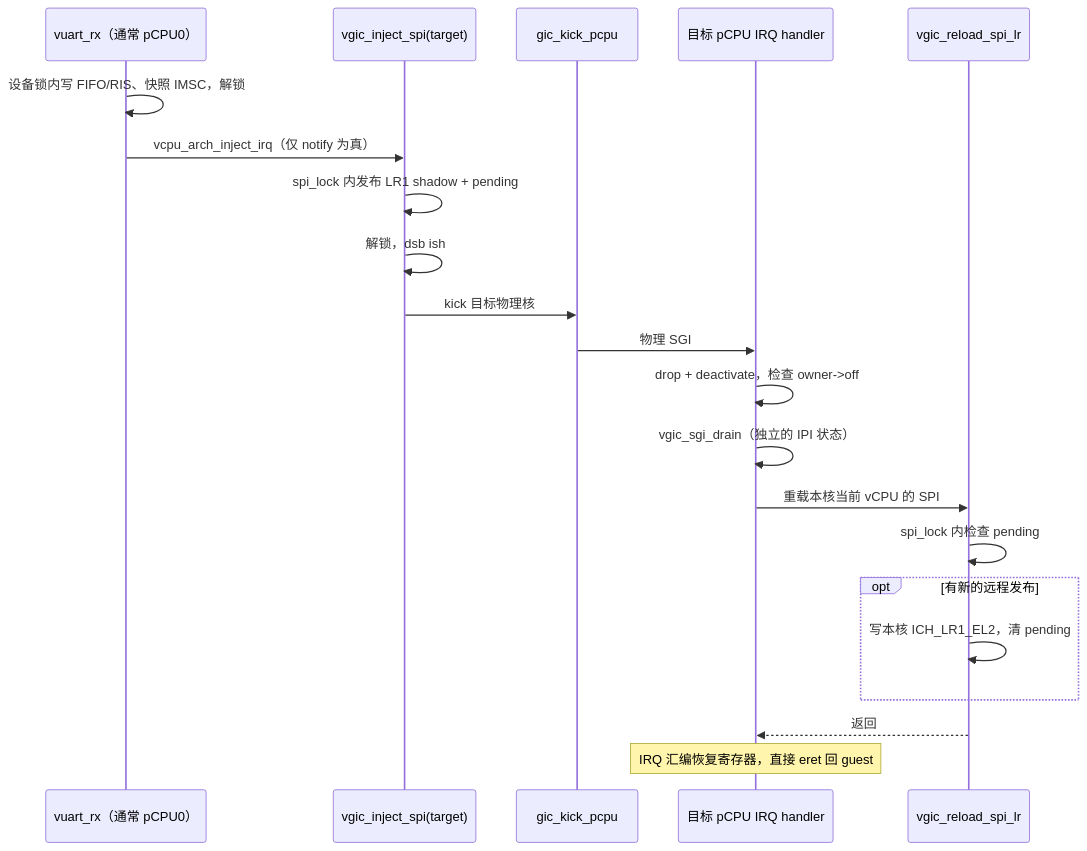
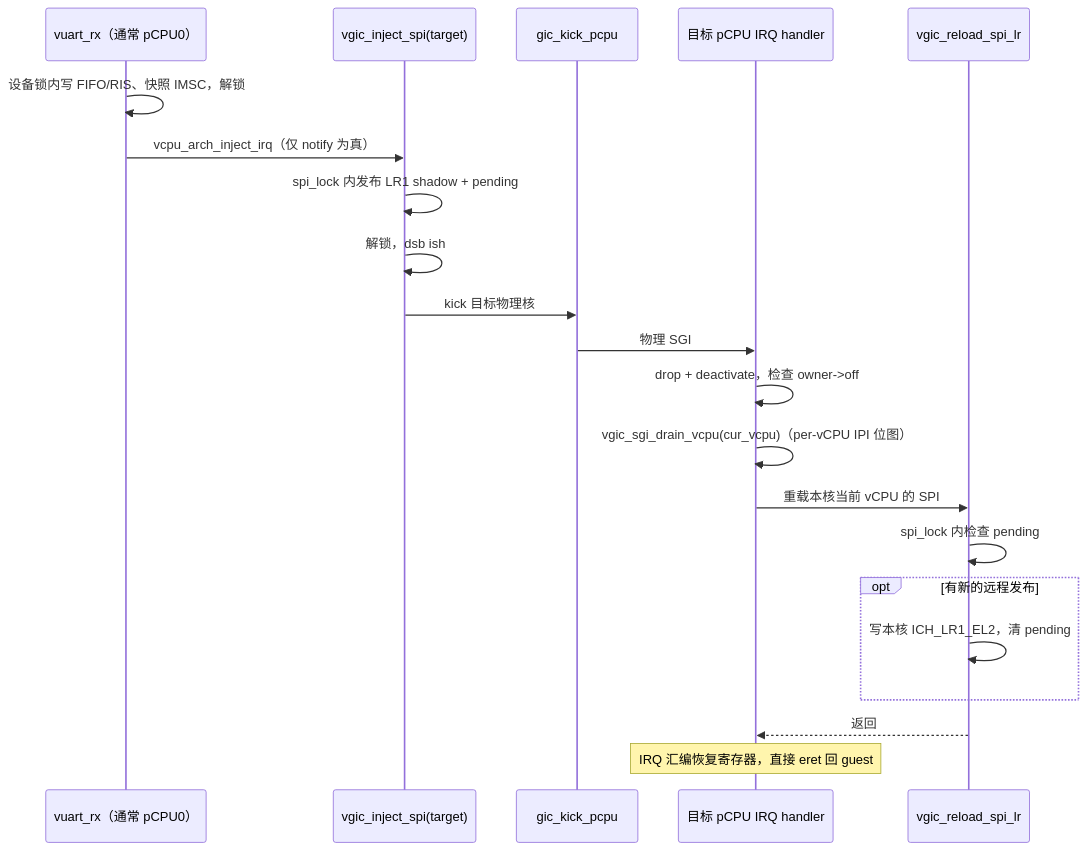
The first of 2 diagrams in docs/reference/arm/vgic-injection.md (James7zy/hypervisor), drawn with Mermaid before and after one commit. The commit also changed other lines of this file and 22 other files, not shown here.

First line of the commit message:
[arch_virt][fix] sgi: Queue virtual SGIs for their owning vCPU

````diff
--- a/docs/reference/arm/vgic-injection.md
+++ b/docs/reference/arm/vgic-injection.md
@@ -86,23 +86,23 @@
 ```mermaid
 sequenceDiagram
     participant D as vuart_rx（通常 pCPU0）
     participant V as vgic_inject_spi(target)
     participant K as gic_kick_pcpu
     participant T as 目标 pCPU IRQ handler
     participant R as vgic_reload_spi_lr
     D->>D: 设备锁内写 FIFO/RIS、快照 IMSC，解锁
     D->>V: vcpu_arch_inject_irq（仅 notify 为真）
     V->>V: spi_lock 内发布 LR1 shadow + pending
     V->>V: 解锁，dsb ish
     V->>K: kick 目标物理核
     K->>T: 物理 SGI
     T->>T: drop + deactivate，检查 owner->off
-    T->>T: vgic_sgi_drain（独立的 IPI 状态）
+    T->>T: vgic_sgi_drain_vcpu(cur_vcpu)（per-vCPU IPI 位图）
     T->>R: 重载本核当前 vCPU 的 SPI
     R->>R: spi_lock 内检查 pending
     opt 有新的远程发布
         R->>R: 写本核 ICH_LR1_EL2，清 pending
     end
     R-->>T: 返回
     Note over T: IRQ 汇编恢复寄存器，直接 eret 回 guest
 ```
````
